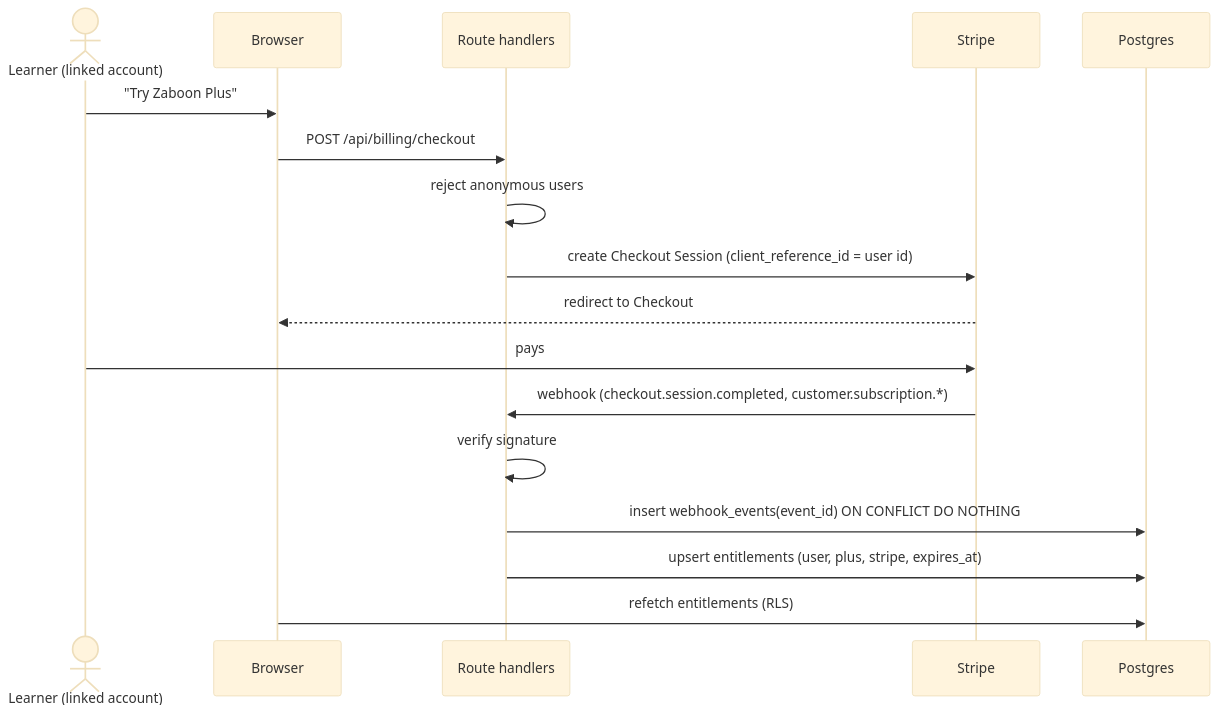
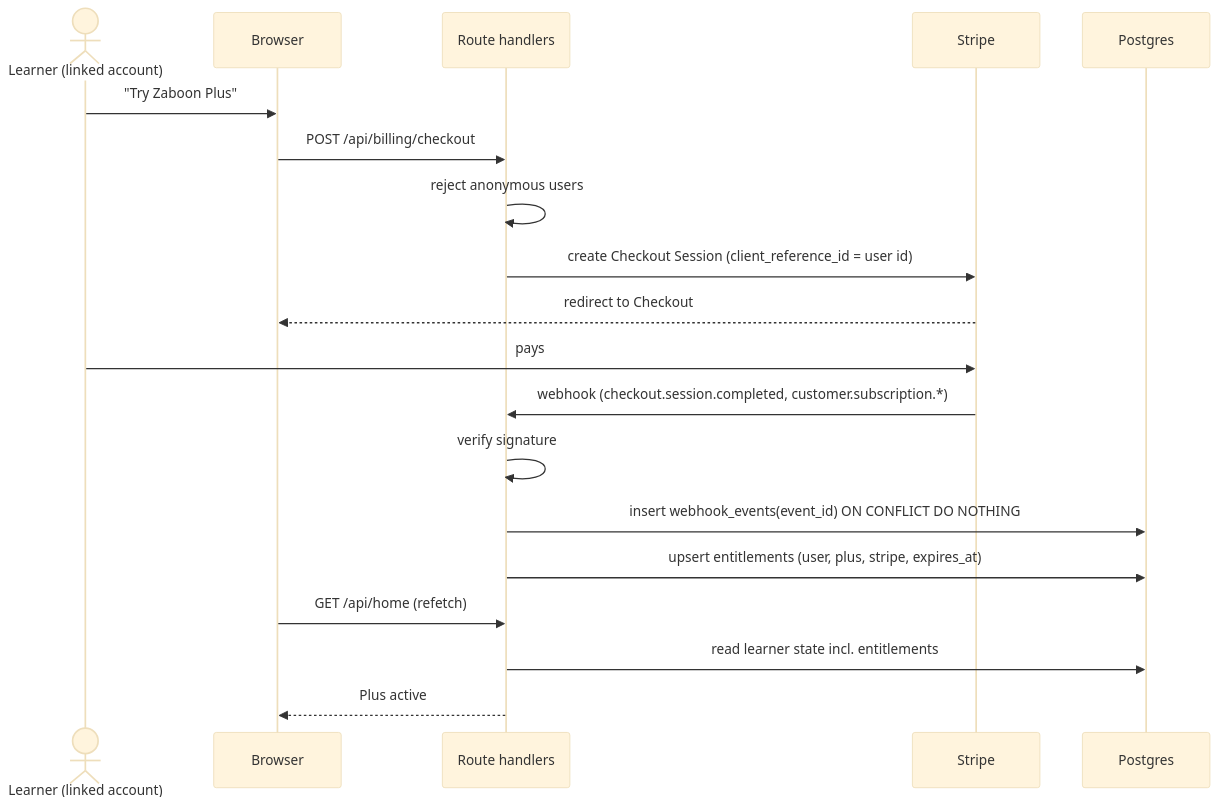
One commit to srasoulj/zaboon changed the seventh of 8 diagrams in docs/ARCHITECTURE.md. Above: the diagram before and after it, drawn with Mermaid (base theme). The commit also changed other lines of this file and 48 other files, not shown here.

````diff
--- a/docs/ARCHITECTURE.md
+++ b/docs/ARCHITECTURE.md
@@ -445,19 +472,21 @@
 ```mermaid
 sequenceDiagram
   actor L as Learner (linked account)
   participant B as Browser
   participant API as Route handlers
   participant S as Stripe
   participant DB as Postgres
   L->>B: "Try Zaboon Plus"
   B->>API: POST /api/billing/checkout
   API->>API: reject anonymous users
   API->>S: create Checkout Session (client_reference_id = user id)
   S-->>B: redirect to Checkout
   L->>S: pays
   S->>API: webhook (checkout.session.completed, customer.subscription.*)
   API->>API: verify signature
   API->>DB: insert webhook_events(event_id) ON CONFLICT DO NOTHING
   API->>DB: upsert entitlements (user, plus, stripe, expires_at)
-  B->>DB: refetch entitlements (RLS)
+  B->>API: GET /api/home (refetch)
+  API->>DB: read learner state incl. entitlements
+  API-->>B: Plus active
 ```
````
